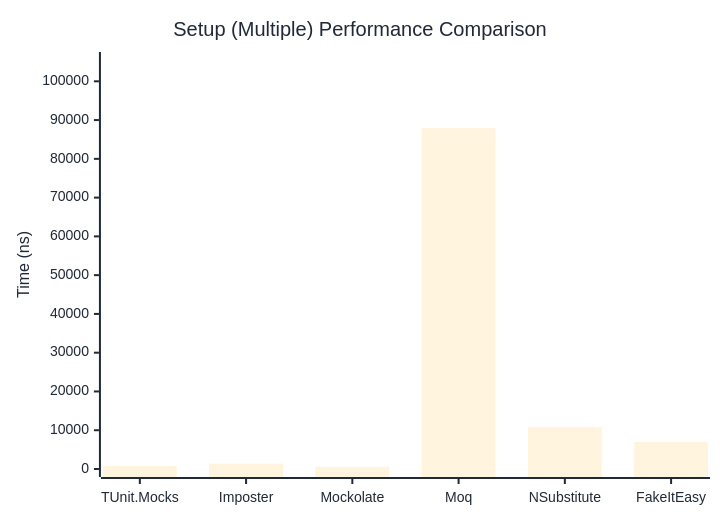
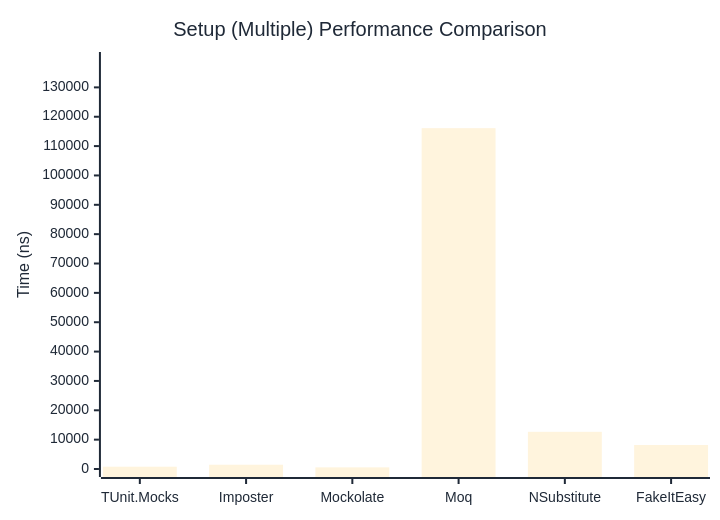
One commit to thomhurst/TUnit changed the second of 2 diagrams in docs/docs/benchmarks/mocks/Setup.md. Above: the diagram before and after it, drawn with Mermaid. The commit also changed other lines of this file and 14 other files, not shown here.

````diff
--- a/docs/docs/benchmarks/mocks/Setup.md
+++ b/docs/docs/benchmarks/mocks/Setup.md
@@ -71,27 +71,27 @@
 ```mermaid
 %%{init: {
   'theme':'base',
   'themeVariables': {
     'primaryColor': '#2563eb',
     'primaryTextColor': '#1f2937',
     'primaryBorderColor': '#1e40af',
     'lineColor': '#6b7280',
     'secondaryColor': '#7c3aed',
     'tertiaryColor': '#dc2626',
     'background': '#ffffff',
     'pie1': '#2563eb',
     'pie2': '#7c3aed',
     'pie3': '#dc2626',
     'pie4': '#f59e0b',
     'pie5': '#10b981',
     'pie6': '#06b6d4',
     'pie7': '#ec4899',
     'pie8': '#6366f1'
   }
 }}%%
 xychart-beta
   title "Setup (Multiple) Performance Comparison"
   x-axis ["TUnit.Mocks", "Imposter", "Mockolate", "Moq", "NSubstitute", "FakeItEasy"]
-  y-axis "Time (ns)" 0 --> 105495
-  bar [807.8, 1391.3, 565.4, 87912.4, 10799.3, 6970.8]
+  y-axis "Time (ns)" 0 --> 139328
+  bar [779.3, 1454.5, 557, 116106.6, 12669.9, 8169]
 ```
````
